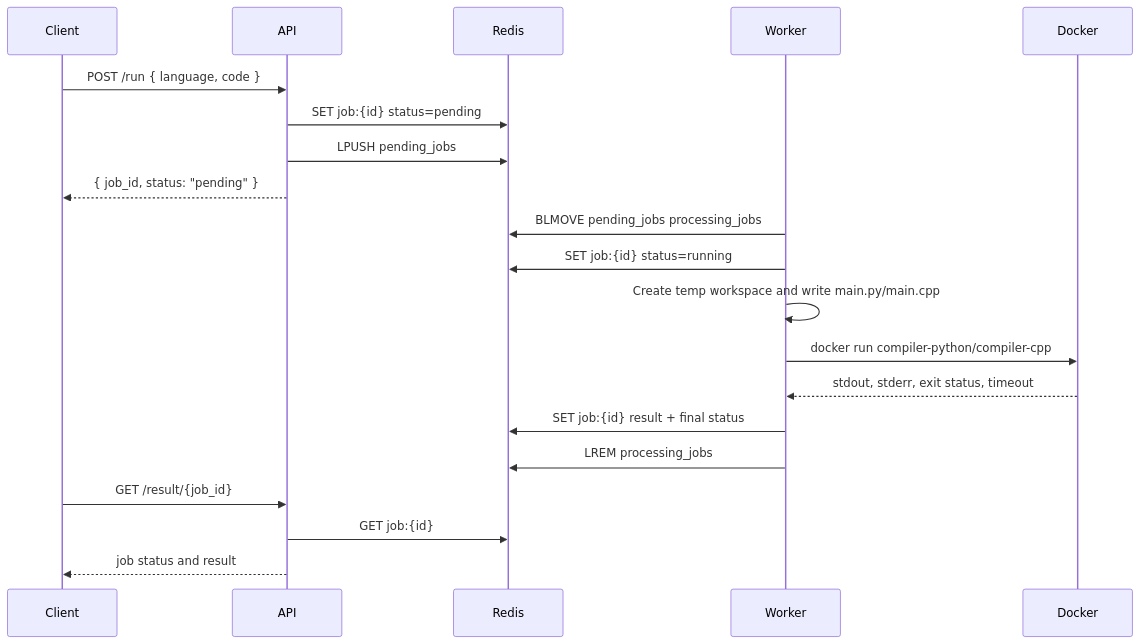
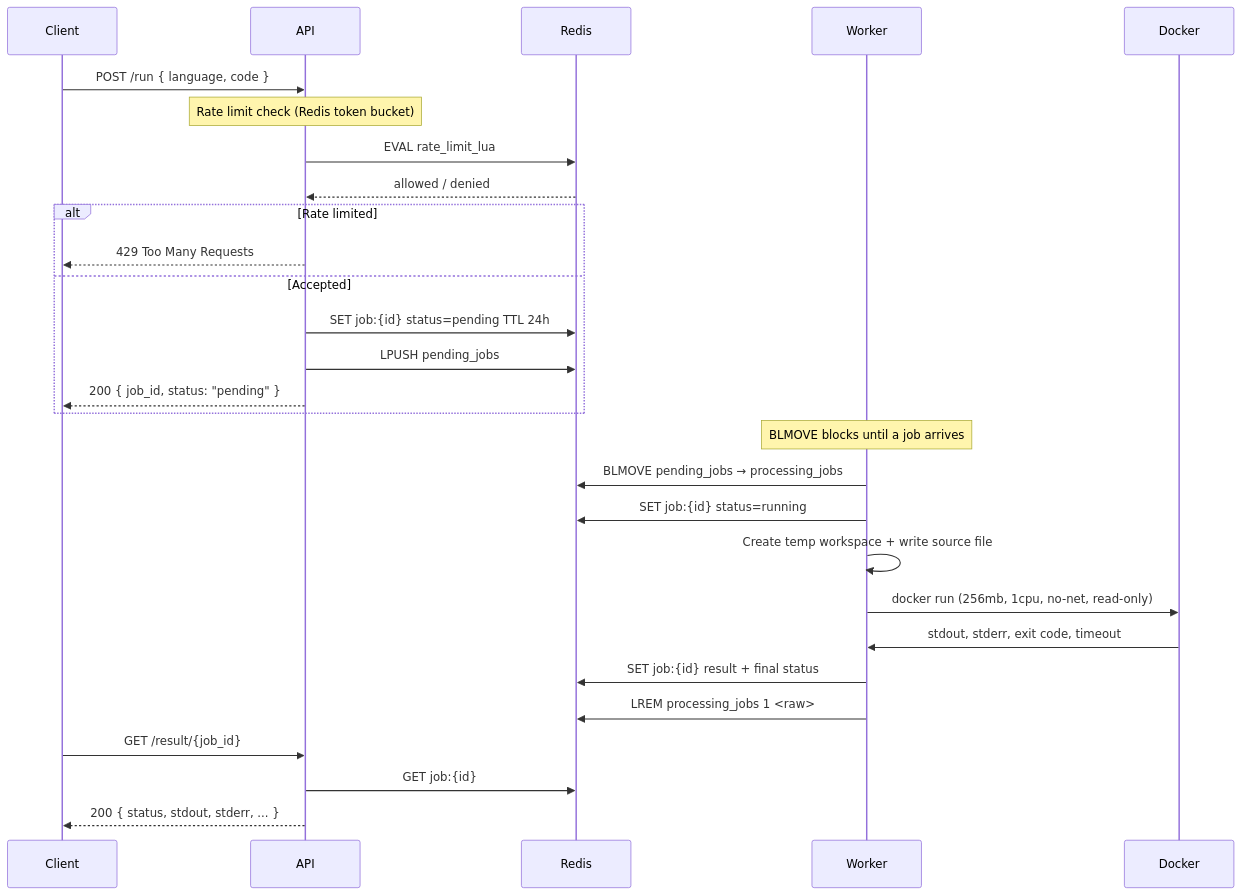
One commit to Dharshan2208/code-compiler changed the second of 2 diagrams in README.md. Above: the diagram before and after it, drawn with Mermaid. The commit also changed other lines of this file, not shown here.

Commit message:
docs: update README.md with architecture diagrams and flow descriptions

````diff
--- a/README.md
+++ b/README.md
@@ -265,25 +59,37 @@
 ```mermaid
 sequenceDiagram
     participant Client
     participant API
     participant Redis
     participant Worker
     participant Docker
 
     Client->>API: POST /run { language, code }
-    API->>Redis: SET job:{id} status=pending
-    API->>Redis: LPUSH pending_jobs
-    API-->>Client: { job_id, status: "pending" }
 
-    Worker->>Redis: BLMOVE pending_jobs processing_jobs
+    Note over API: Rate limit check (Redis token bucket)
+    API->>Redis: EVAL rate_limit_lua
+    Redis-->>API: allowed / denied
+
+    alt Rate limited
+        API-->>Client: 429 Too Many Requests
+    else Accepted
+        API->>Redis: SET job:{id} status=pending TTL 24h
+        API->>Redis: LPUSH pending_jobs
+        API-->>Client: 200 { job_id, status: "pending" }
+    end
+
+    Note over Worker: BLMOVE blocks until a job arrives
+    Worker->>Redis: BLMOVE pending_jobs → processing_jobs
     Worker->>Redis: SET job:{id} status=running
-    Worker->>Worker: Create temp workspace and write main.py/main.cpp
-    Worker->>Docker: docker run compiler-python/compiler-cpp
-    Docker-->>Worker: stdout, stderr, exit status, timeout
+
+    Worker->>Worker: Create temp workspace + write source file
+    Worker->>Docker: docker run (256mb, 1cpu, no-net, read-only)
+
+    Docker->>Worker: stdout, stderr, exit code, timeout
     Worker->>Redis: SET job:{id} result + final status
-    Worker->>Redis: LREM processing_jobs
+    Worker->>Redis: LREM processing_jobs 1 <raw>
 
     Client->>API: GET /result/{job_id}
     API->>Redis: GET job:{id}
-    API-->>Client: job status and result
+    API-->>Client: 200 { status, stdout, stderr, ... }
 ```
````
